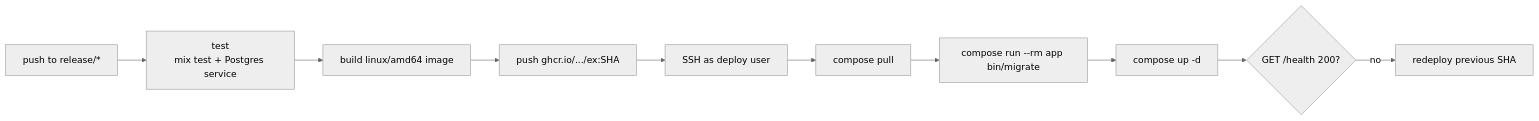
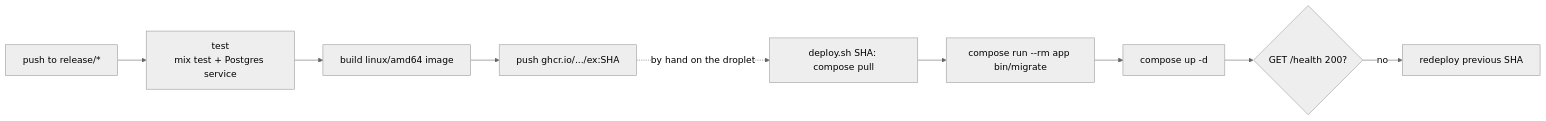
The third of 4 diagrams in docs/system-design.md (chanphiromsok/ex), drawn with Mermaid (neutral theme) before and after one commit. The commit also changed other lines of this file and 5 other files, not shown here.

First line of the commit message:
CI: build and push the image only; deploy by hand on the droplet

````diff
--- a/docs/system-design.md
+++ b/docs/system-design.md
@@ -76,12 +76,11 @@
 ```mermaid
 flowchart LR
     P[push to release/*] --> T[test<br/>mix test + Postgres service]
     T --> B[build linux/amd64 image]
     B --> R[push ghcr.io/.../ex:SHA]
-    R --> S[SSH as deploy user]
-    S --> PU[compose pull]
+    R -.->|by hand on the droplet| PU[deploy.sh SHA: compose pull]
     PU --> MI[compose run --rm app bin/migrate]
     MI --> UP[compose up -d]
     UP --> H{GET /health 200?}
     H -->|no| RB[redeploy previous SHA]
 ```
````
